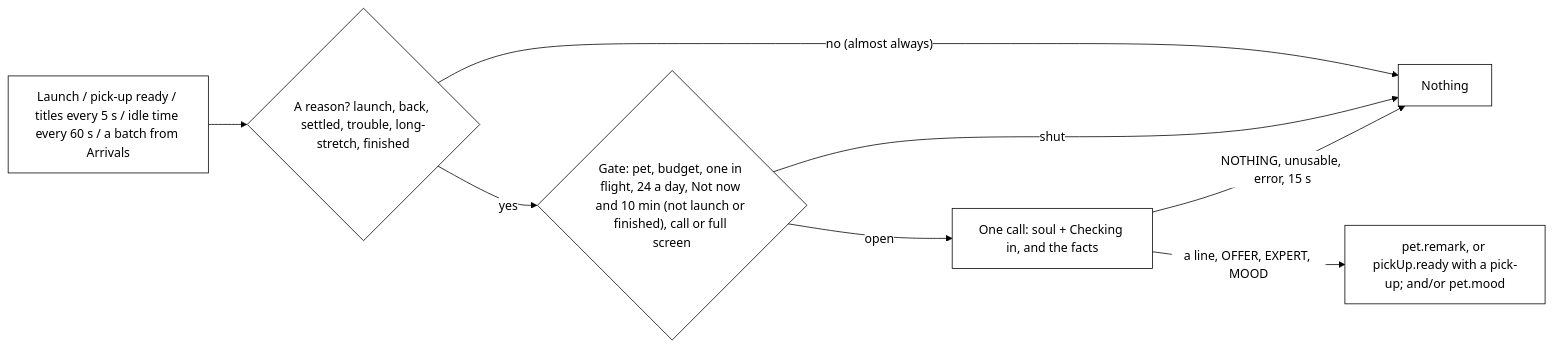
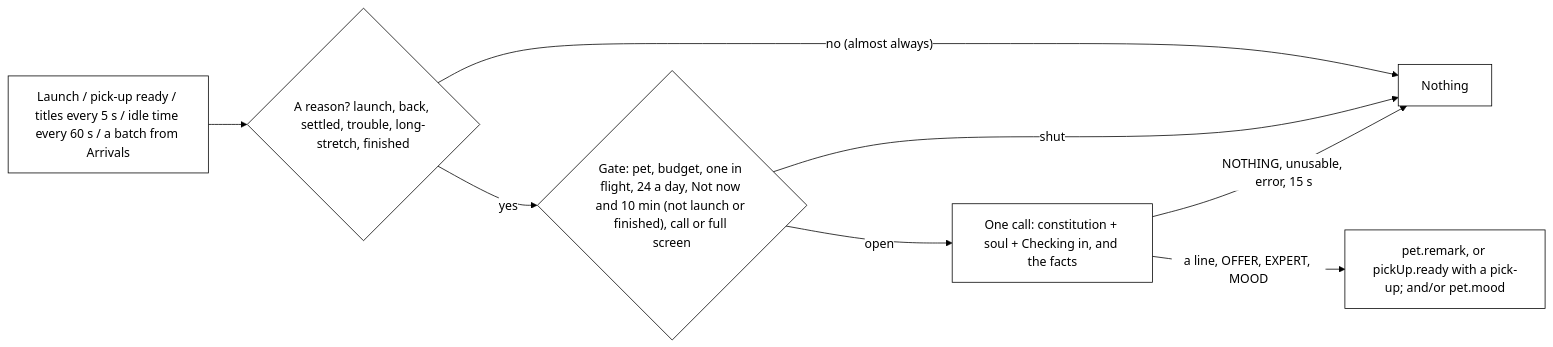
The tenth of 19 diagrams in docs/architecture.md (nadeem4/tagalong), drawn with Mermaid before and after one commit. The commit also changed other lines of this file and 5 other files, not shown here.

````diff
--- a/docs/architecture.md
+++ b/docs/architecture.md
@@ -2023,11 +2029,11 @@
 ```mermaid
 %%{init: {"theme": "base", "themeVariables": {"primaryColor": "#ffffff", "primaryTextColor": "#000000", "primaryBorderColor": "#000000", "lineColor": "#000000", "secondaryColor": "#ffffff", "tertiaryColor": "#ffffff", "background": "#ffffff", "clusterBkg": "#ffffff", "clusterBorder": "#000000"}}}%%
 flowchart LR
   T["Launch / pick-up ready / titles every 5 s / idle time every 60 s / a batch from Arrivals"] --> W{"A reason? launch, back, settled, trouble, long-stretch, finished"}
   W -- "no (almost always)" --> X["Nothing"]
   W -- "yes" --> G{"Gate: pet, budget, one in flight, 24 a day, Not now and 10 min (not launch or finished), call or full screen"}
   G -- "shut" --> X
-  G -- "open" --> M["One call: soul + Checking in, and the facts"]
+  G -- "open" --> M["One call: constitution + soul + Checking in, and the facts"]
   M -- "NOTHING, unusable, error, 15 s" --> X
   M -- "a line, OFFER, EXPERT, MOOD" --> D["pet.remark, or pickUp.ready with a pick-up; and/or pet.mood"]
 ```
````
